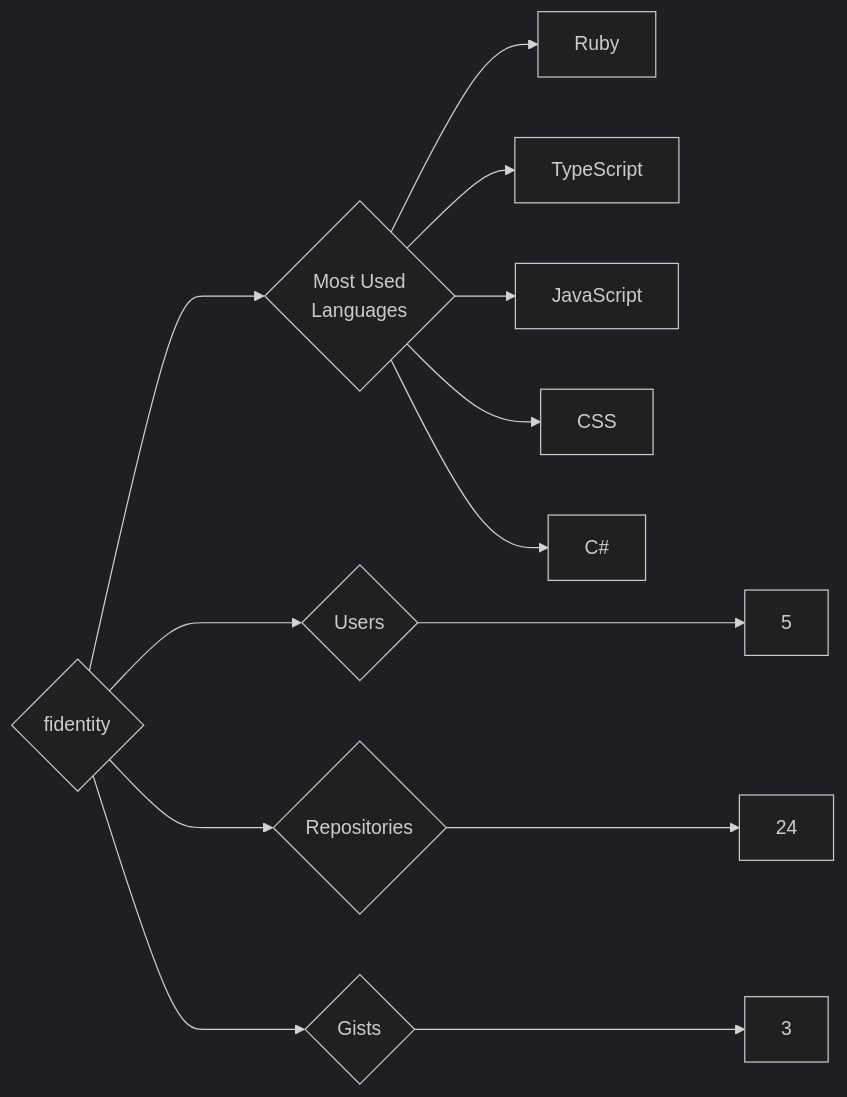
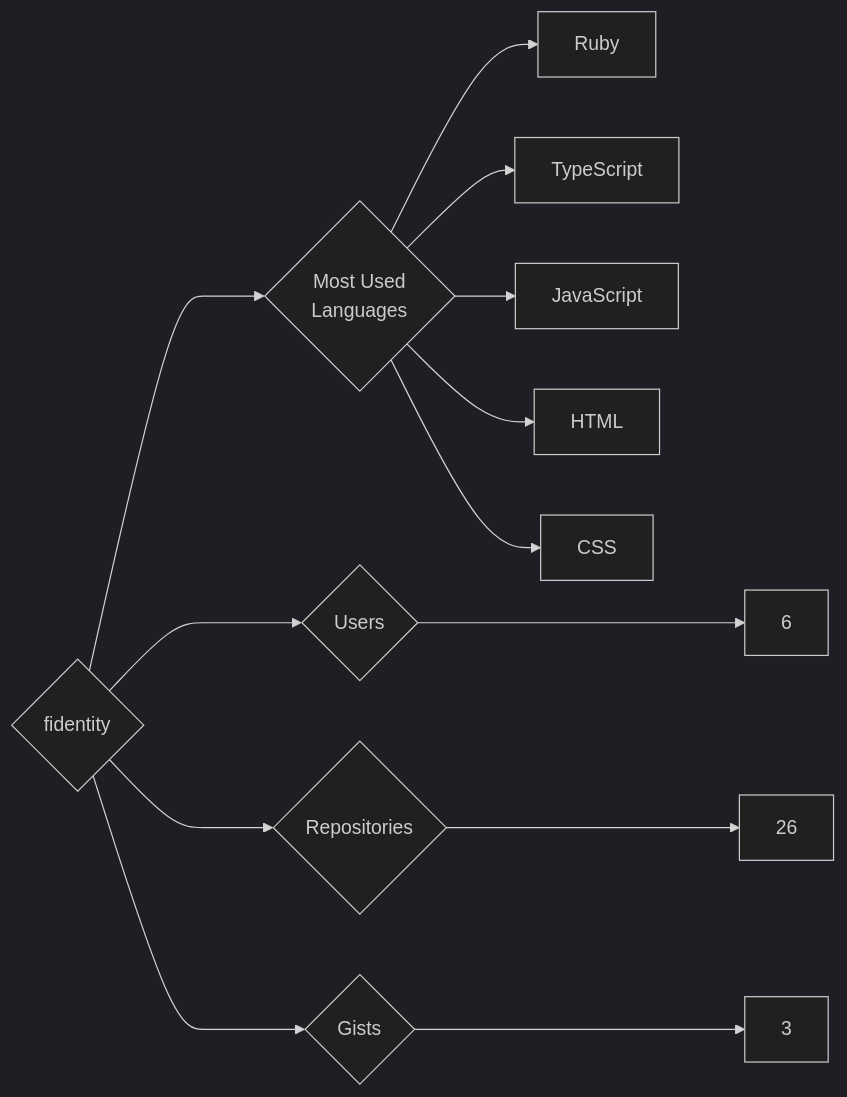
Before and after one commit to trickest/insiders: the diagram in targets/fidentity/README.md, drawn with Mermaid (dark theme). The commit also changed 1175 other files, not shown here.

````diff
--- a/targets/fidentity/README.md
+++ b/targets/fidentity/README.md
@@ -3,13 +3,13 @@
 ```mermaid
 graph LR
 COMPANY_NAME{fidentity}
-COMPANY_NAME ---> U{Users} ---> UN[5]
-COMPANY_NAME ---> R{Repositories} ---> RN[24]
+COMPANY_NAME ---> U{Users} ---> UN[6]
+COMPANY_NAME ---> R{Repositories} ---> RN[26]
 COMPANY_NAME ---> G{Gists} ---> GN[3]
 COMPANY_NAME ---> ML{Most Used<br>Languages}
 ML --> Ruby[Ruby]
 ML --> TypeScript[TypeScript]
 ML --> JavaScript[JavaScript]
+ML --> HTML[HTML]
 ML --> CSS[CSS]
-ML --> C#[C#]
 ```
````
